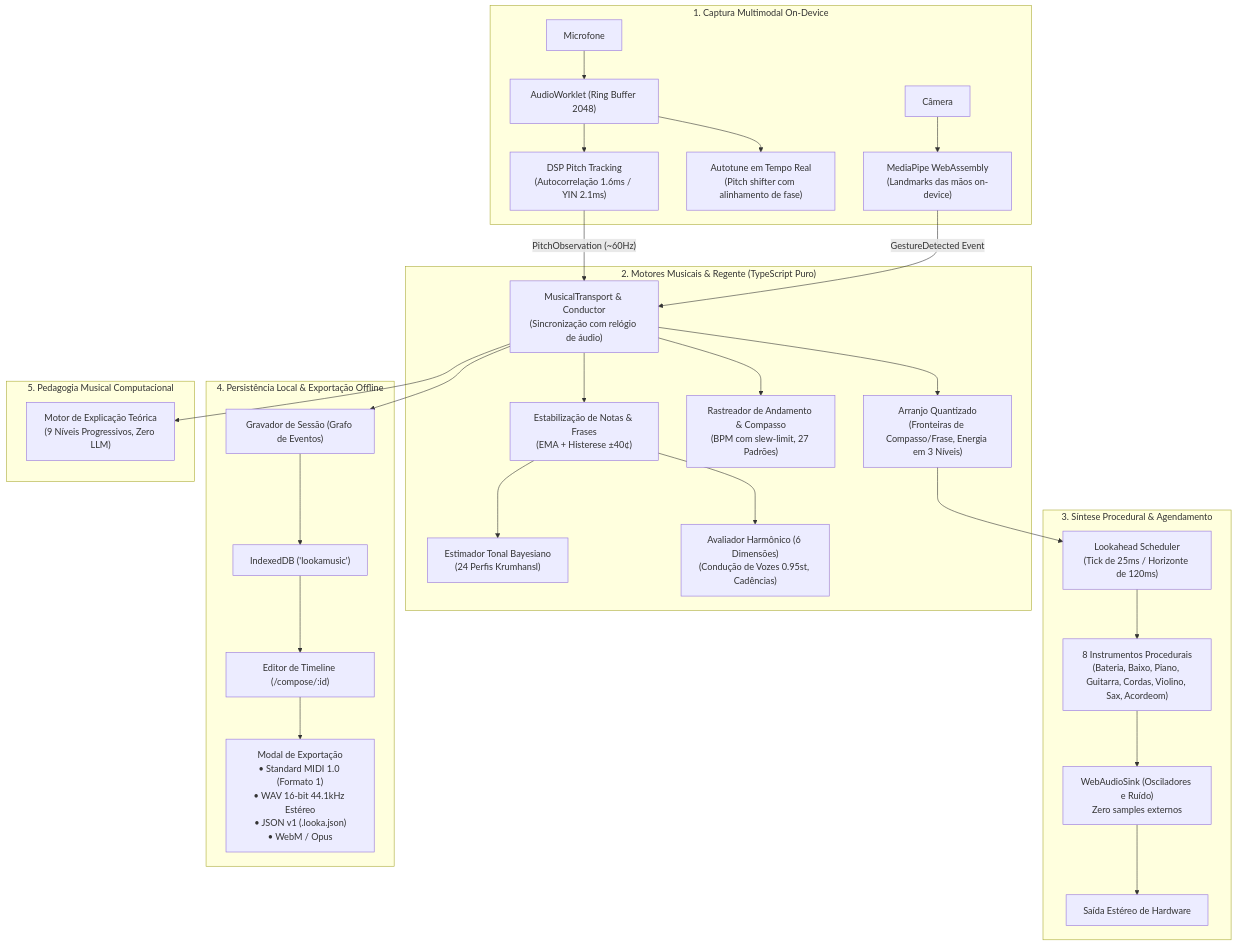
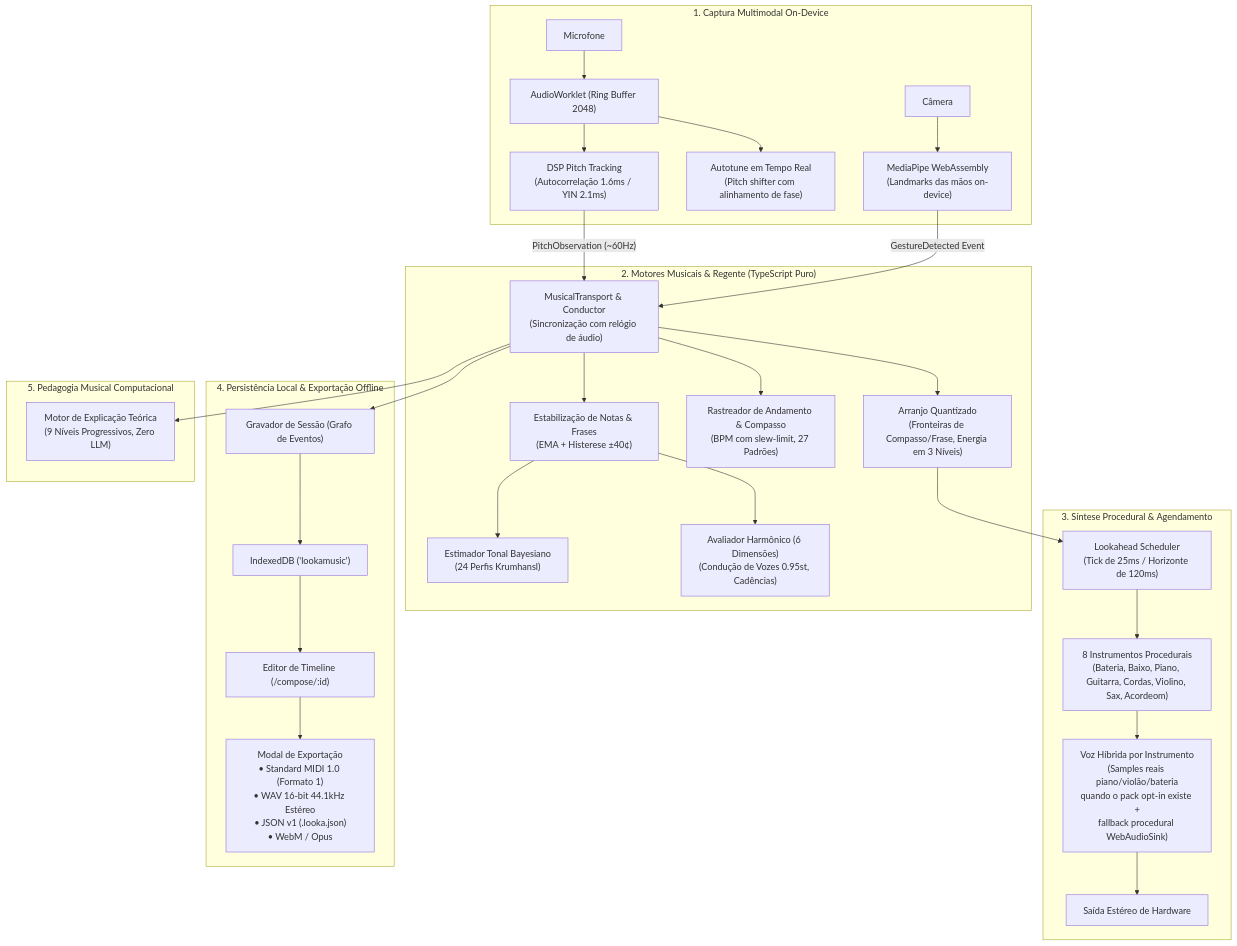
One commit to lucasmartins-ai/lookamusic changed the diagram in README.md. Above: the diagram before and after it, drawn with Mermaid. The commit also changed other lines of this file and 75 other files, not shown here.

First line of the commit message:
feat(fase-16): sample packs piano/violao/bateria com fallback procedural

````diff
--- a/README.md
+++ b/README.md
@@ -169,38 +169,38 @@
 ```mermaid
 flowchart TD
     subgraph INPUT ["1. Captura Multimodal On-Device"]
         MIC["Microfone"] --> WORKLET["AudioWorklet (Ring Buffer 2048)"]
         WORKLET --> DSP["DSP Pitch Tracking\n(Autocorrelação 1.6ms / YIN 2.1ms)"]
         WORKLET --> AT["Autotune em Tempo Real\n(Pitch shifter com alinhamento de fase)"]
         CAM["Câmera"] --> VISION["MediaPipe WebAssembly\n(Landmarks das mãos on-device)"]
     end
 
     subgraph ENGINE ["2. Motores Musicais & Regente (TypeScript Puro)"]
         DSP -->|"PitchObservation (~60Hz)"| COND["MusicalTransport & Conductor\n(Sincronização com relógio de áudio)"]
         VISION -->|"GestureDetected Event"| COND
         
         COND --> MELODY["Estabilização de Notas & Frases\n(EMA + Histerese ±40¢)"]
         MELODY --> KEY["Estimador Tonal Bayesiano\n(24 Perfis Krumhansl)"]
         MELODY --> HARMONY["Avaliador Harmônico (6 Dimensões)\n(Condução de Vozes 0.95st, Cadências)"]
         COND --> RHYTHM["Rastreador de Andamento & Compasso\n(BPM com slew-limit, 27 Padrões)"]
         COND --> ARR["Arranjo Quantizado\n(Fronteiras de Compasso/Frase, Energia em 3 Níveis)"]
     end
 
     subgraph SYNTHESIS ["3. Síntese Procedural & Agendamento"]
         ARR --> SCHED["Lookahead Scheduler\n(Tick de 25ms / Horizonte de 120ms)"]
         SCHED --> ENGINES["8 Instrumentos Procedurais\n(Bateria, Baixo, Piano, Guitarra, Cordas, Violino, Sax, Acordeom)"]
-        ENGINES --> SINK["WebAudioSink (Osciladores e Ruído)\nZero samples externos"]
+        ENGINES --> SINK["Voz Híbrida por Instrumento\n(Samples reais piano/violão/bateria\nquando o pack opt-in existe +\nfallback procedural WebAudioSink)"]
         SINK --> AUDIO_OUT["Saída Estéreo de Hardware"]
     end
 
     subgraph STORAGE_EXPORT ["4. Persistência Local & Exportação Offline"]
         COND --> RECORDER["Gravador de Sessão (Grafo de Eventos)"]
         RECORDER --> IDB["IndexedDB ('lookamusic')"]
         IDB --> EDITOR["Editor de Timeline (/compose/:id)"]
         EDITOR --> EXPORT["Modal de Exportação\n• Standard MIDI 1.0 (Formato 1)\n• WAV 16-bit 44.1kHz Estéreo\n• JSON v1 (.looka.json)\n• WebM / Opus"]
     end
 
     subgraph PEDAGOGY ["5. Pedagogia Musical Computacional"]
         COND --> LEARN["Motor de Explicação Teórica\n(9 Níveis Progressivos, Zero LLM)"]
     end
 ```
````
